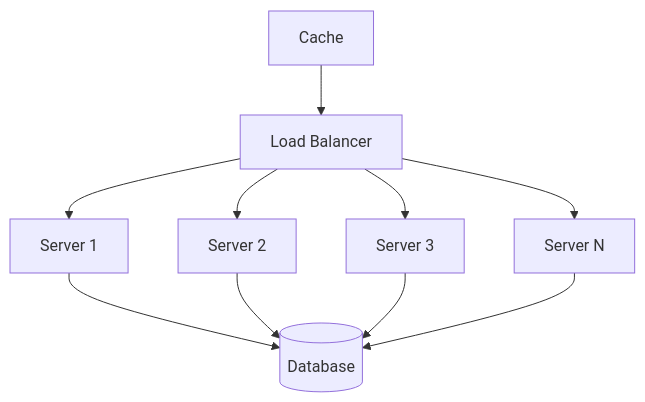
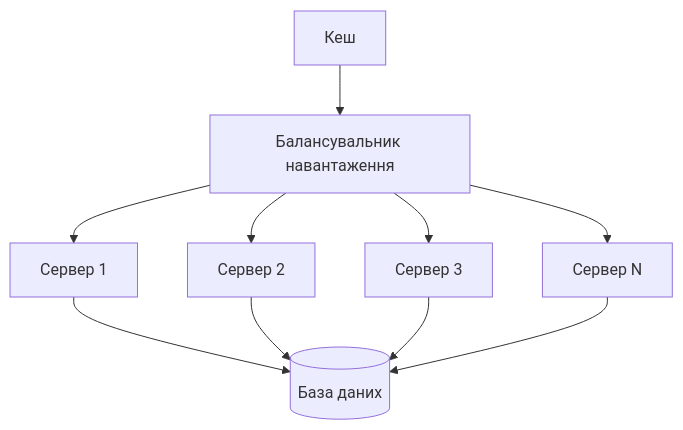
One commit to olroi421/course-opi-v2 changed the second of 6 diagrams in presentations/presentation-16.md. Above: the diagram before and after it, drawn with Mermaid. The commit also changed other lines of this file and 9 other files, not shown here.

````diff
--- a/presentations/presentation-16.md
+++ b/presentations/presentation-16.md
@@ -136,14 +169,14 @@
 ```mermaid
 graph TB
-    A[Load Balancer] --> B[Server 1]
-    A --> C[Server 2]
-    A --> D[Server 3]
-    A --> E[Server N]
+    A[Балансувальник навантаження] --> B[Сервер 1]
+    A --> C[Сервер 2]
+    A --> D[Сервер 3]
+    A --> E[Сервер N]
 
-    B --> F[(Database)]
+    B --> F[(База даних)]
     C --> F
     D --> F
     E --> F
 
-    G[Cache] --> A
+    G[Кеш] --> A
 ```
````
